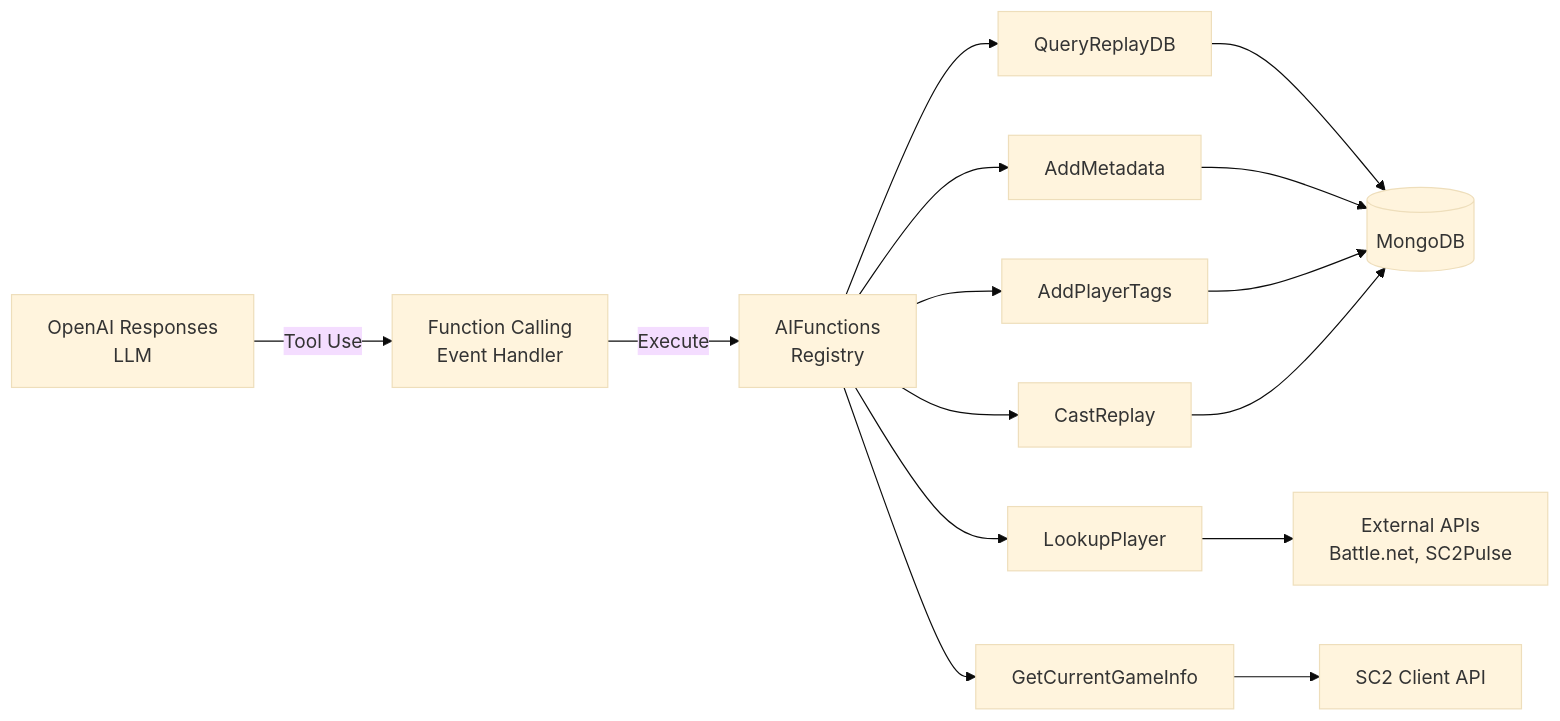
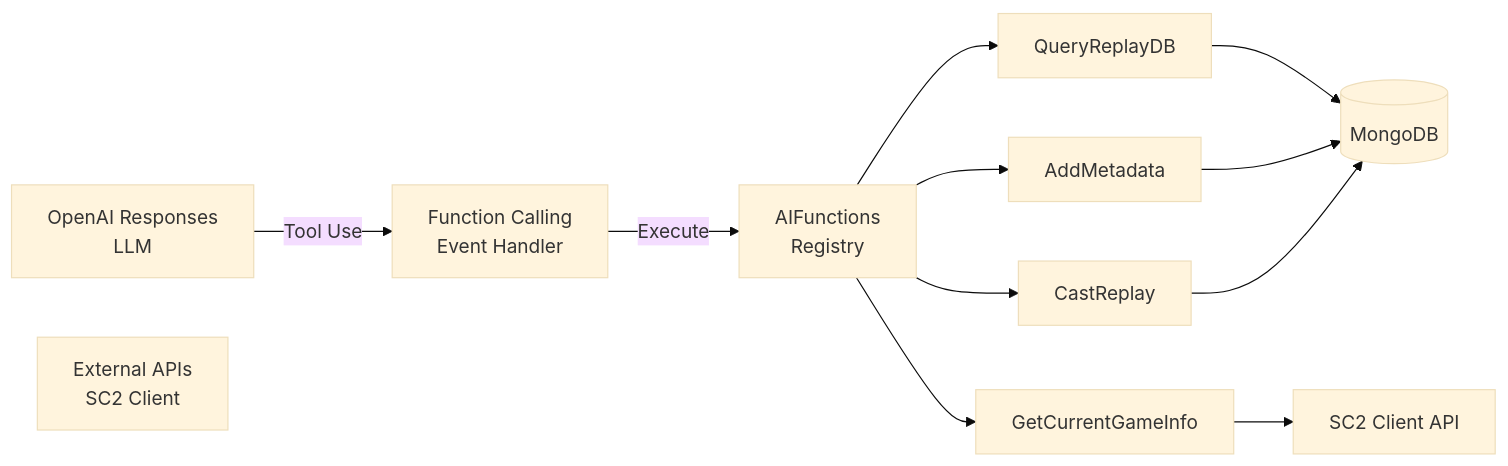
Before and after one commit to manuelseeger/sc2-ai-coach: the third of 7 diagrams in spec/architecture.md, drawn with Mermaid (base theme). The commit also changed other lines of this file and 1 other file, not shown here.

````diff
--- a/spec/architecture.md
+++ b/spec/architecture.md
@@ -188,30 +192,26 @@
 ```mermaid
 graph LR
     LLM["OpenAI Responses
     LLM"]
     FC["Function Calling
     Event Handler"]
     AIFuncs["AIFunctions
     Registry"]
     QRP["QueryReplayDB"]
-    LP["LookupPlayer"]
     CGI["GetCurrentGameInfo"]
     AM["AddMetadata"]
-    APT["AddPlayerTags"]
     CR["CastReplay"]
     DB[(MongoDB)]
     APIs["External APIs
-    Battle.net, SC2Pulse"]
+    SC2 Client"]
     SC2API["SC2 Client API"]
     
     LLM -->|Tool Use| FC
     FC -->|Execute| AIFuncs
-    AIFuncs --> QRP & LP & CGI & AM & APT & CR
+    AIFuncs --> QRP & CGI & AM & CR
     
     QRP --> DB
-    LP --> APIs
     CGI --> SC2API
     AM --> DB
-    APT --> DB
     CR --> DB
 ```
````
